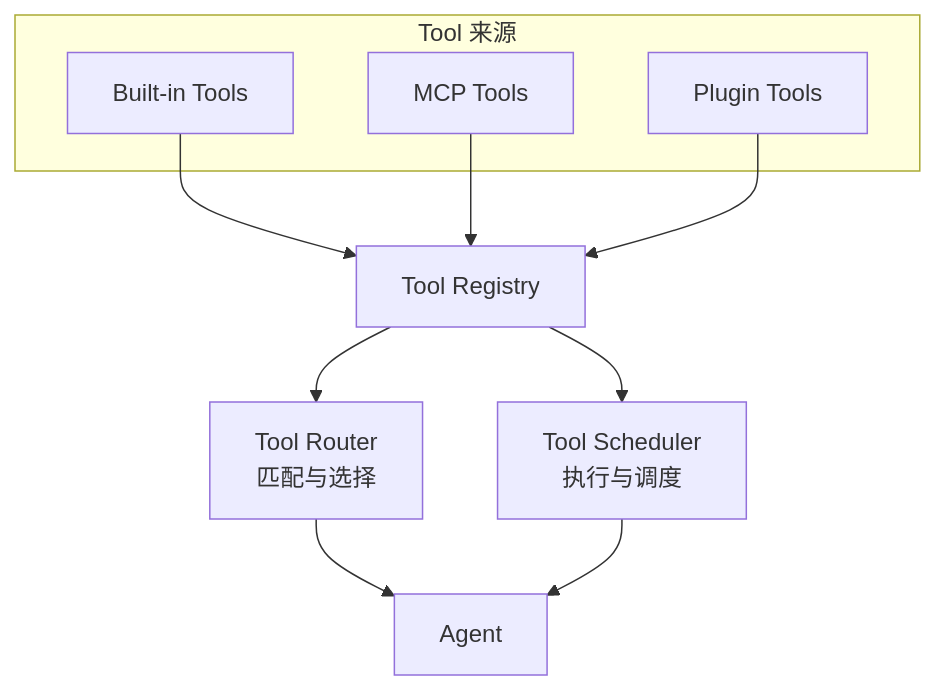
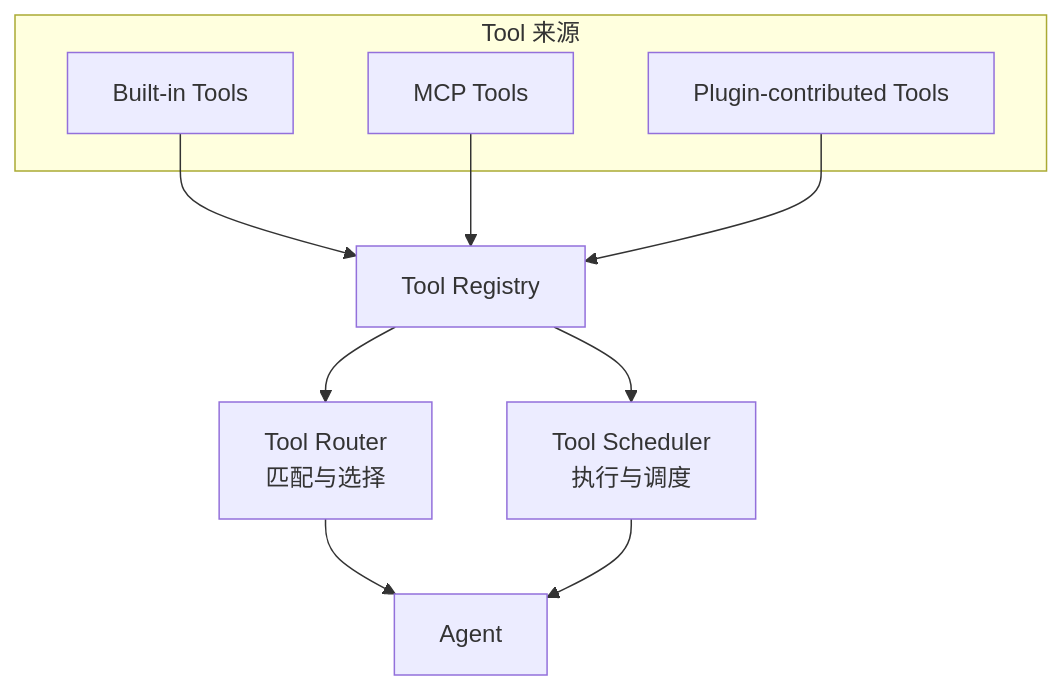
Before and after one commit to dollarser/modern-ai-agent-architecture: the first of 2 diagrams in docs/chapters/11-tool-registry/README.md, drawn with Mermaid. The commit also changed other lines of this file and 132 other files, not shown here.

Commit message:
Finalize AI Agent book architecture and release preparation

````diff
--- a/docs/chapters/11-tool-registry/README.md
+++ b/docs/chapters/11-tool-registry/README.md
@@ -49,18 +49,18 @@
 ```mermaid
 graph TD
     subgraph "Tool 来源"
         BT[Built-in Tools]
         MCP[MCP Tools]
-        Plugin[Plugin Tools]
+        Plugin[Plugin-contributed Tools]
     end
 
     BT --> Registry[Tool Registry]
     MCP --> Registry
     Plugin --> Registry
 
     Registry --> Router[Tool Router<br/>匹配与选择]
     Registry --> Scheduler[Tool Scheduler<br/>执行与调度]
 
     Router --> Agent[Agent]
     Scheduler --> Agent
 ```
````
